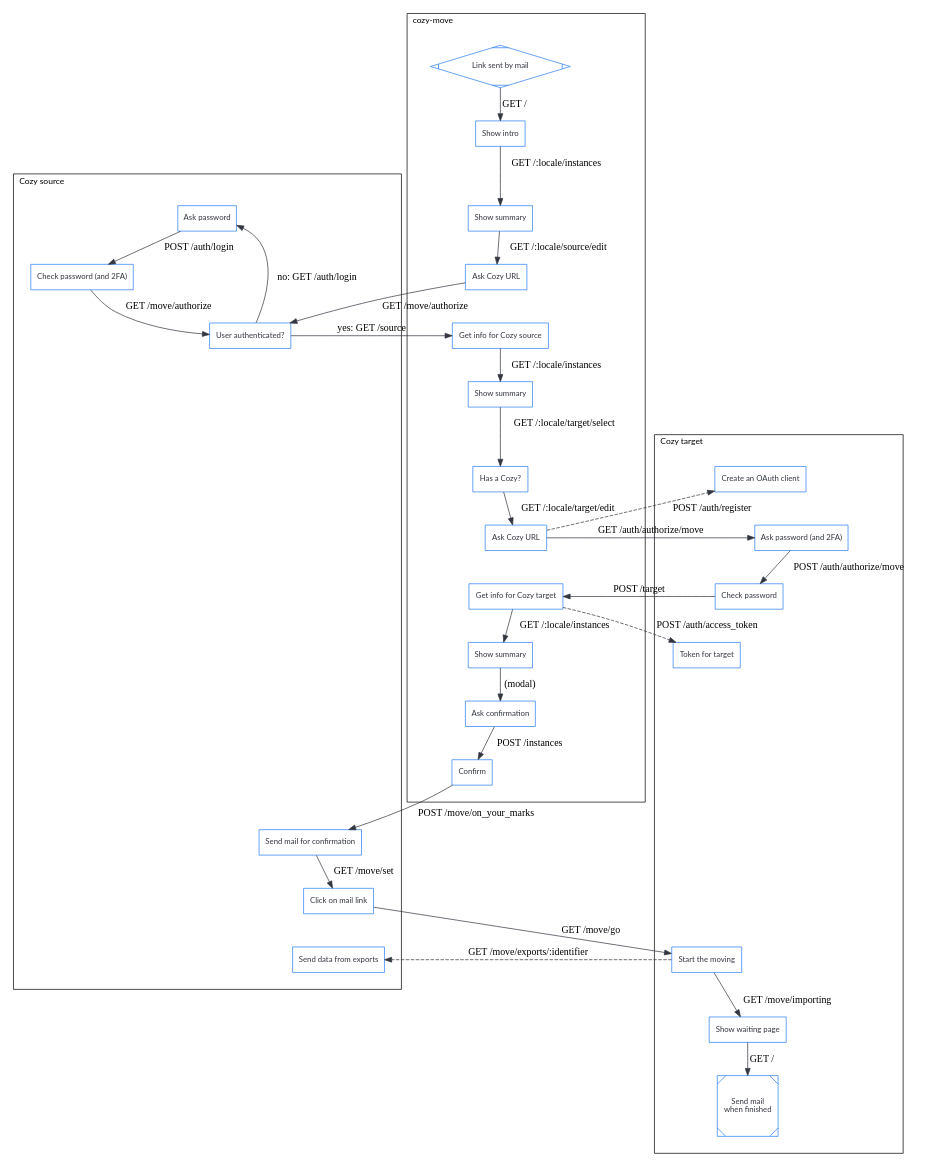
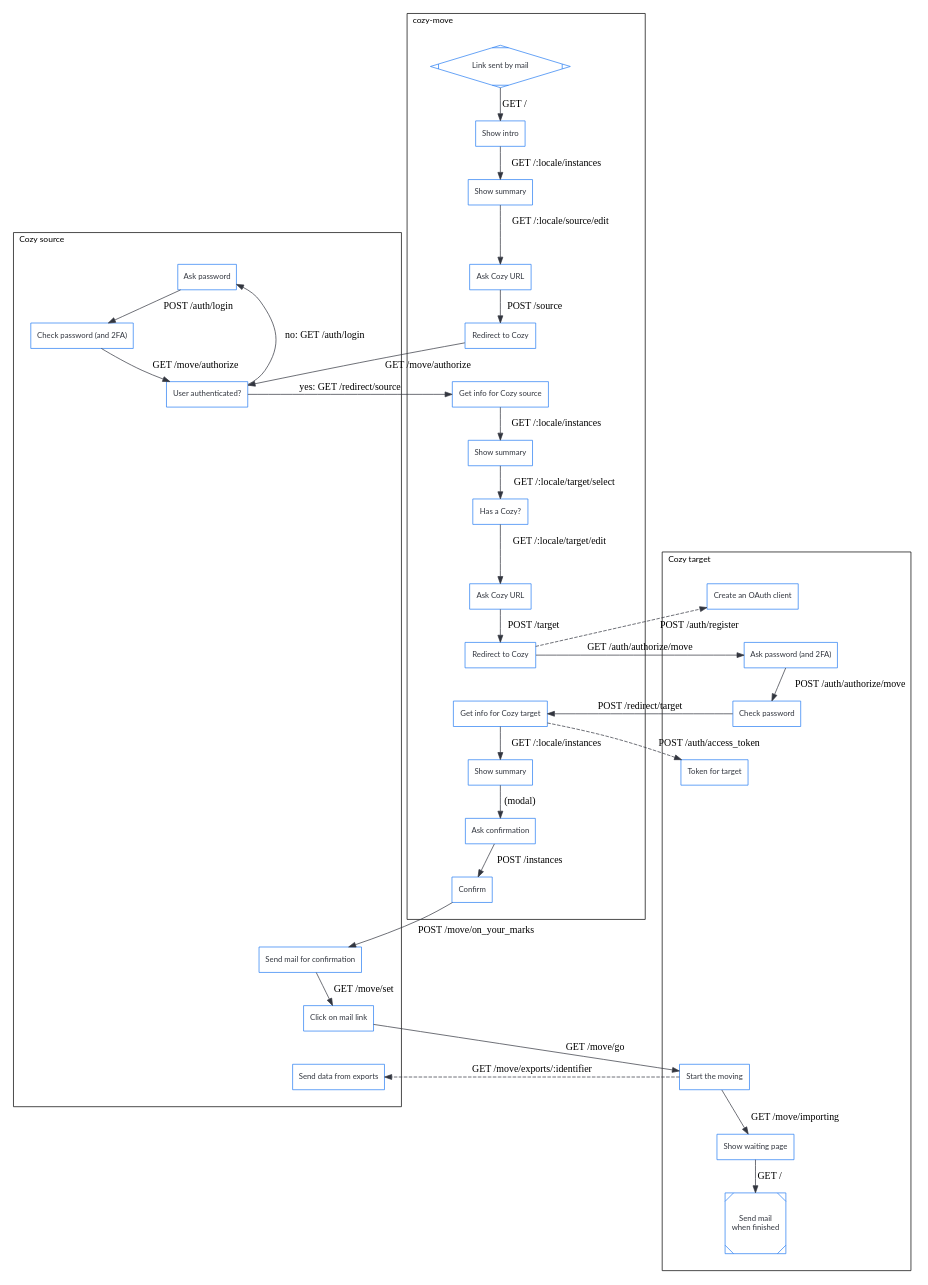
Before and after one commit to cozy/cozy-move: the diagram in docs/from-cozy-move.gv, drawn with Graphviz. The commit also changed 3 other files, not shown here.

Commit message:
Add a missing step on the diagrams

```diff
--- a/docs/from-cozy-move.gv
+++ b/docs/from-cozy-move.gv
@@ -1,86 +1,90 @@
 digraph bitwarden {
 	graph [splines=true];
 	node [shape="box", fontname="lato", fontsize=11, margin=0.12, color="#297EF2", fontcolor="#32363F"];
 	edge [color="#32363F"];
 	ranksep=0.45; nodesep=1.5;
 
 	// Hidden, to order the clusters
 	s_export_2 -> m_edit_1 [style="invis"]
 
 	subgraph cluster_source {
 		label="Cozy source"; labeljust="l"; fontname="lato"; fontsize=12; margin=24; rankdir=TB;
 		s_export [label="User authenticated?"]
 		s_export_2 [label="Ask password"]
 		s_export_3 [label="Check password (and 2FA)"]
 		s_confirm [label="Send mail for confirmation"]
 		s_mail [label="Click on mail link"]
 		s_data [label="Send data from exports"]
-		s_fake_1, s_fake_2, s_fake_3, s_fake_4, s_fake_5, s_fake_6, s_fake_7 [style="invis"]
+		s_fake_1, s_fake_2, s_fake_3, s_fake_4, s_fake_5, s_fake_6, s_fake_7, s_fake_8 [style="invis"]
 	}
 
 	subgraph cluster_move {
 		label="cozy-move"; labeljust="l"; fontname="lato"; fontsize=12; margin=24;
 		m_init [label="Link sent by mail"; shape="Mdiamond"]
 		m_index_1 [label="Show summary"]
 		m_edit_1 [label="Ask Cozy URL"]
+		m_post_1 [label="Redirect to Cozy"]
 		m_source [label="Get info for Cozy source"]
 		m_intro [label="Show intro"]
 		m_index_2 [label="Show summary"]
 		m_select [label="Has a Cozy?"]
 		m_edit_2 [label="Ask Cozy URL"]
+		m_post_2 [label="Redirect to Cozy"]
 		m_target [label="Get info for Cozy target"]
 		m_index_3 [label="Show summary"]
 		m_warning [label="Ask confirmation"]
 		m_confirm [label="Confirm"]
 	}
 
 	subgraph cluster_target {
 		label="Cozy target"; labeljust="l"; fontname="lato"; fontsize=12; margin=24;
 		t_register [label="Create an OAuth client"]
 		t_export [label="Ask password (and 2FA)"]
 		t_export_2 [label="Check password"]
 		t_token [label="Token for target"]
 		t_run [label="Start the moving"]
 		t_wait [label="Show waiting page"]
 		t_done [label="Send mail\nwhen finished"; shape="Msquare"]
 		t_fake_1, t_fake_2, t_fake_3, t_fake_4 [style="invis"]
 	}
 
 	// User
 	m_init -> m_intro [label="GET /"]
 	m_intro -> m_index_1 [label="GET /:locale/instances"]
 	m_index_1 -> m_edit_1 [label="GET /:locale/source/edit"]
-	m_edit_1 -> s_export [label="GET /move/authorize"]
+	m_edit_1 -> m_post_1 [label="POST /source"]
+	m_post_1 -> s_export [label="GET /move/authorize"]
 	s_export -> s_export_2 [label="no: GET /auth/login"; constraint=false]
 	s_export_2 -> s_export_3 [label="POST /auth/login"]
 	s_export_3 -> s_export [label="GET /move/authorize"]
-	s_export -> m_source [label="yes: GET /source"]
+	s_export -> m_source [label="yes: GET /redirect/source"]
 	m_source -> m_index_2 [label="GET /:locale/instances"]
 	m_index_2 -> m_select [label="GET /:locale/target/select"]
 	m_select -> m_edit_2 [label="GET /:locale/target/edit"]
-	m_edit_2 -> t_export [label="GET /auth/authorize/move"]
+	m_edit_2 -> m_post_2 [label="POST /target"]
+	m_post_2 -> t_export [label="GET /auth/authorize/move"]
 	t_export -> t_export_2 [label="POST /auth/authorize/move"]
-	t_export_2 -> m_target [label="POST /target"]
+	t_export_2 -> m_target [label="POST /redirect/target"]
 	m_target -> m_index_3 [label="GET /:locale/instances"]
 	m_index_3 -> m_warning [label="(modal)"]
 	m_warning -> m_confirm [label="POST /instances"]
 	m_confirm -> s_confirm [label="POST /move/on_your_marks"]
 	s_confirm -> s_mail [label="GET /move/set"]
 	s_mail -> t_run [label="GET /move/go"]
 	t_run -> t_wait [label="GET /move/importing"]
 	t_wait -> t_done [label="GET /"]
 
 	// Server to server
-	m_edit_2 -> t_register [label="POST /auth/register"; style="dashed"]
+	m_post_2 -> t_register [label="POST /auth/register"; style="dashed"]
 	m_target -> t_token [label="POST /auth/access_token"; style="dashed"]
 	t_run -> s_data [label="GET /move/exports/:identifier"; style="dashed"]
 
 	// Hidden, just to preserve order between nodes inside clusters
-	s_export -> s_fake_1 -> s_fake_2 -> s_fake_3 -> s_fake_4 -> s_fake_5 -> s_fake_6 -> s_fake_7 -> s_confirm [style="invis"]
+	s_export -> s_fake_1 -> s_fake_2 -> s_fake_3 -> s_fake_4 -> s_fake_5 -> s_fake_6 -> s_fake_7 -> s_fake_8 -> s_confirm [style="invis"]
 	s_mail -> s_data [style="invis"]
-	m_edit_1 -> m_source [style="invis"]
-	m_edit_2 -> m_target [style="invis"]
+	m_post_1 -> m_source [style="invis"]
+	m_post_2 -> m_target [style="invis"]
 	t_register -> t_export [style="invis"]
 	t_export_2 -> t_token [style="invis"]
 	t_token -> t_fake_1 -> t_fake_2 -> t_fake_3 -> t_fake_4 -> t_run [style="invis"]
 }
```
